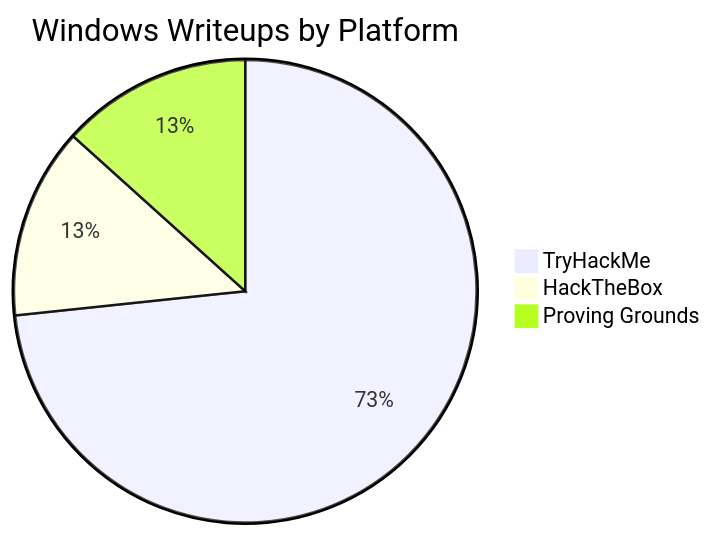
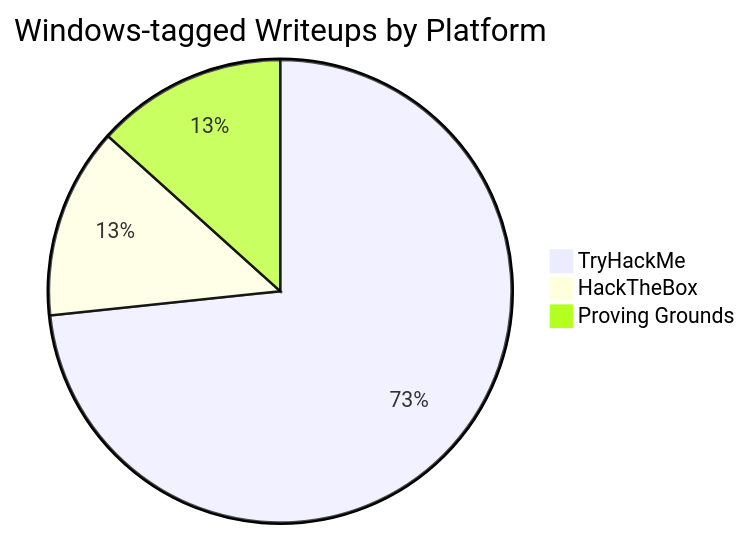
One commit to morimori-dev/morimori-dev.github.io changed the first of 7 diagrams in _posts/2026-03-06-tech-windows-privesc-summary.md. Above: the diagram before and after it, drawn with Mermaid. The commit also changed other lines of this file and 1 other file, not shown here.

First line of the commit message:
Revise Windows privesc summary: full PG coverage + OSCP focus

````diff
--- a/_posts/2026-03-06-tech-windows-privesc-summary.md
+++ b/_posts/2026-03-06-tech-windows-privesc-summary.md
@@ -38,6 +41,6 @@
 ```mermaid
-pie title Windows Writeups by Platform
+pie title Windows-tagged Writeups by Platform
     "TryHackMe" : 44
     "HackTheBox" : 8
     "Proving Grounds" : 8
 ```
````
